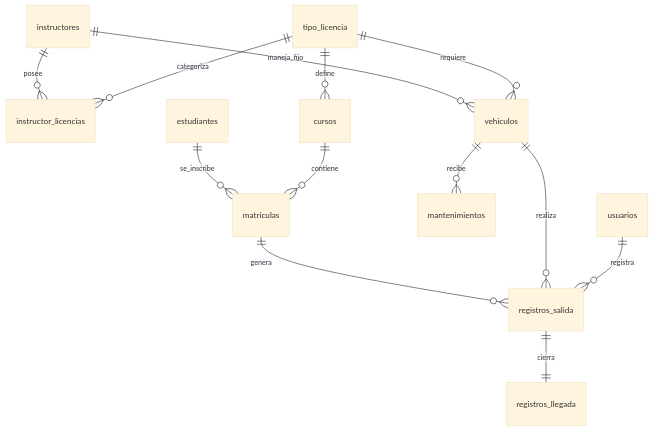
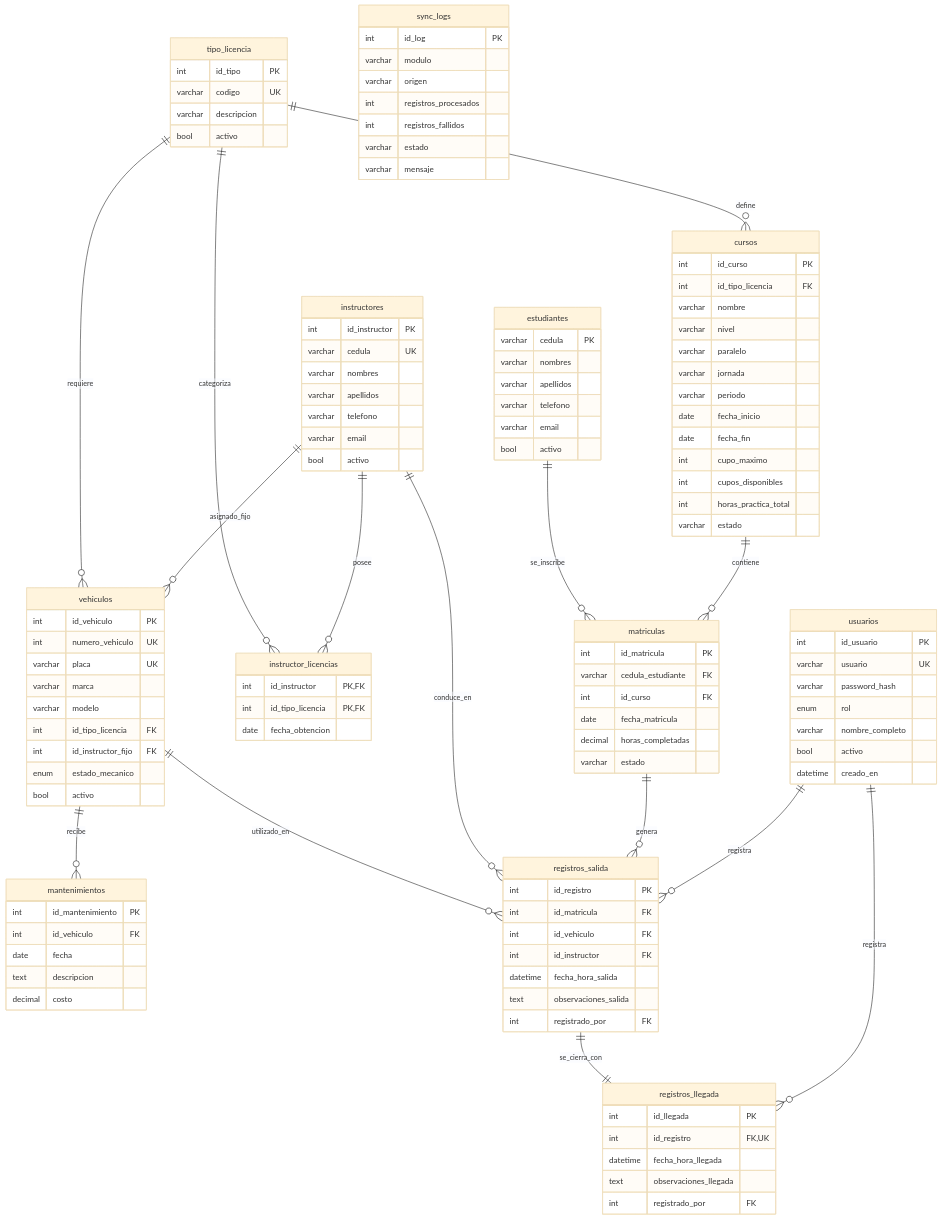
One commit to JorgeDoicela/istpet_vehiculos changed the diagram in docs/DATABASE.md. Above: the diagram before and after it, drawn with Mermaid (base theme). The commit also changed other lines of this file and 12 other files, not shown here.

````diff
--- a/docs/DATABASE.md
+++ b/docs/DATABASE.md
@@ -7,15 +9,132 @@
 ```mermaid
 erDiagram
-    usuarios ||--o{ registros_salida : "registra"
+    usuarios {
+        int id_usuario PK
+        varchar usuario UK
+        varchar password_hash
+        enum rol
+        varchar nombre_completo
+        bool activo
+        datetime creado_en
+    }
+
+    tipo_licencia {
+        int id_tipo PK
+        varchar codigo UK
+        varchar descripcion
+        bool activo
+    }
+
+    instructores {
+        int id_instructor PK
+        varchar cedula UK
+        varchar nombres
+        varchar apellidos
+        varchar telefono
+        varchar email
+        bool activo
+    }
+
+    instructor_licencias {
+        int id_instructor PK,FK
+        int id_tipo_licencia PK,FK
+        date fecha_obtencion
+    }
+
+    vehiculos {
+        int id_vehiculo PK
+        int numero_vehiculo UK
+        varchar placa UK
+        varchar marca
+        varchar modelo
+        int id_tipo_licencia FK
+        int id_instructor_fijo FK
+        enum estado_mecanico
+        bool activo
+    }
+
+    mantenimientos {
+        int id_mantenimiento PK
+        int id_vehiculo FK
+        date fecha
+        text descripcion
+        decimal costo
+    }
+
+    cursos {
+        int id_curso PK
+        int id_tipo_licencia FK
+        varchar nombre
+        varchar nivel
+        varchar paralelo
+        varchar jornada
+        varchar periodo
+        date fecha_inicio
+        date fecha_fin
+        int cupo_maximo
+        int cupos_disponibles
+        int horas_practica_total
+        varchar estado
+    }
+
+    estudiantes {
+        varchar cedula PK
+        varchar nombres
+        varchar apellidos
+        varchar telefono
+        varchar email
+        bool activo
+    }
+
+    matriculas {
+        int id_matricula PK
+        varchar cedula_estudiante FK
+        int id_curso FK
+        date fecha_matricula
+        decimal horas_completadas
+        varchar estado
+    }
+
+    registros_salida {
+        int id_registro PK
+        int id_matricula FK
+        int id_vehiculo FK
+        int id_instructor FK
+        datetime fecha_hora_salida
+        text observaciones_salida
+        int registrado_por FK
+    }
+
+    registros_llegada {
+        int id_llegada PK
+        int id_registro FK,UK
+        datetime fecha_hora_llegada
+        text observaciones_llegada
+        int registrado_por FK
+    }
+
+    sync_logs {
+        int id_log PK
+        varchar modulo
+        varchar origen
+        int registros_procesados
+        int registros_fallidos
+        varchar estado
+        varchar mensaje
+    }
+
     tipo_licencia ||--o{ instructor_licencias : "categoriza"
+    instructores ||--o{ instructor_licencias : "posee"
     tipo_licencia ||--o{ vehiculos : "requiere"
     tipo_licencia ||--o{ cursos : "define"
-    instructores ||--o{ instructor_licencias : "posee"
-    instructores ||--o{ vehiculos : "maneja_fijo"
+    instructores ||--o{ vehiculos : "asignado_fijo"
     vehiculos ||--o{ mantenimientos : "recibe"
-    vehiculos ||--o{ registros_salida : "realiza"
+    vehiculos ||--o{ registros_salida : "utilizado_en"
+    instructores ||--o{ registros_salida : "conduce_en"
+    estudiantes ||--o{ matriculas : "se_inscribe"
     cursos ||--o{ matriculas : "contiene"
-    estudiantes ||--o{ matriculas : "se_inscribe"
     matriculas ||--o{ registros_salida : "genera"
-    registros_salida ||--|| registros_llegada : "cierra"
+    registros_salida ||--|| registros_llegada : "se_cierra_con"
+    usuarios ||--o{ registros_salida : "registra"
+    usuarios ||--o{ registros_llegada : "registra"
 ```
````
